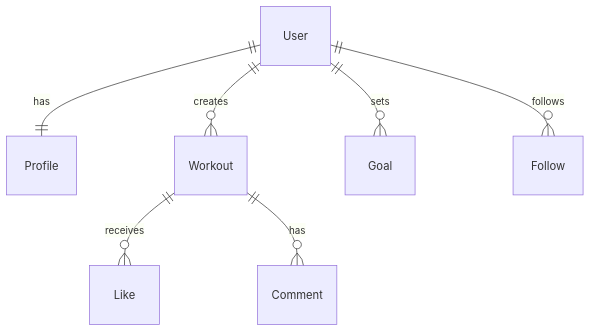
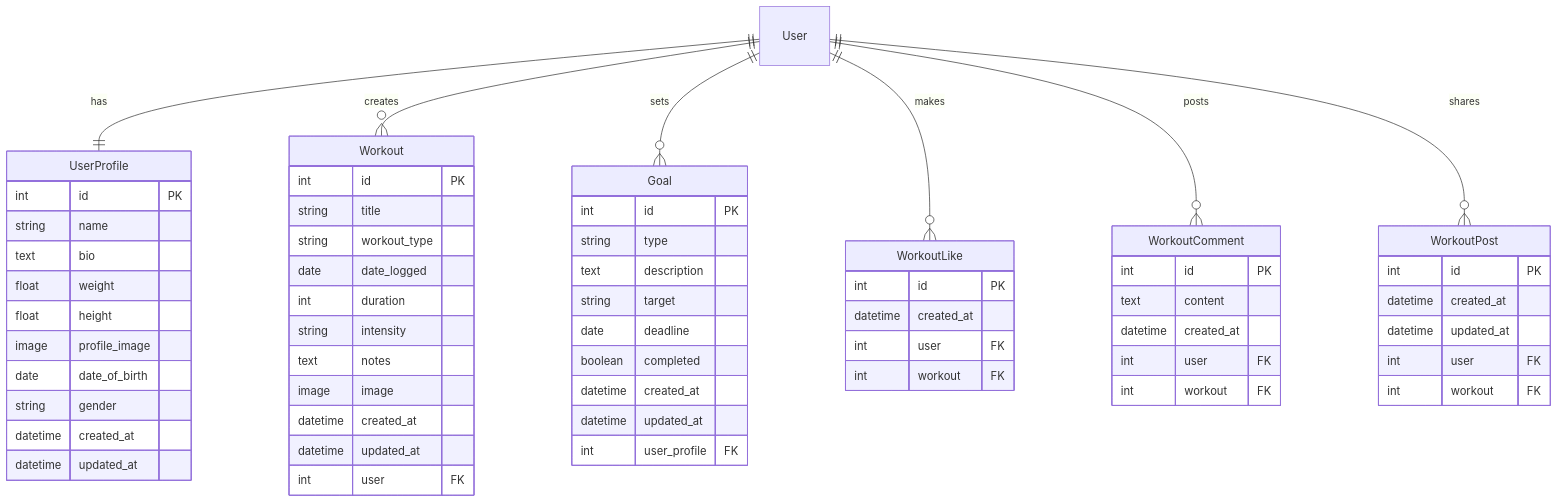
The diagram in README.md (OscarBackman92/fitnesspp5api), drawn with Mermaid before and after one commit. The commit also changed other lines of this file and 1 other file, not shown here.

````diff
--- a/README.md
+++ b/README.md
@@ -35,9 +44,71 @@
 ```mermaid
 erDiagram
-    User ||--|| Profile : has
-    User ||--o{ Workout : creates
-    User ||--o{ Goal : sets
-    Workout ||--o{ Like : receives
-    Workout ||--o{ Comment : has
-    User ||--o{ Follow : follows
+    User ||--||  UserProfile : has
+    User ||--o{  Workout : creates
+    User ||--o{  Goal : sets
+    User ||--o{  WorkoutLike : makes
+    User ||--o{  WorkoutComment : posts
+    User ||--o{  WorkoutPost : shares
+    
+    UserProfile {
+        int id PK
+        string name
+        text bio
+        float weight
+        float height
+        image profile_image
+        date date_of_birth
+        string gender
+        datetime created_at
+        datetime updated_at
+    }
+
+    Workout {
+        int id PK
+        string title
+        string workout_type
+        date date_logged
+        int duration
+        string intensity
+        text notes
+        image image
+        datetime created_at
+        datetime updated_at
+        int user FK
+    }
+
+    Goal {
+        int id PK
+        string type
+        text description
+        string target
+        date deadline
+        boolean completed
+        datetime created_at
+        datetime updated_at
+        int user_profile FK
+    }
+
+    WorkoutLike {
+        int id PK
+        datetime created_at
+        int user FK
+        int workout FK
+    }
+
+    WorkoutComment {
+        int id PK
+        text content
+        datetime created_at
+        int user FK
+        int workout FK
+    }
+
+    WorkoutPost {
+        int id PK
+        datetime created_at
+        datetime updated_at
+        int user FK
+        int workout FK
+    }
 ```
````
